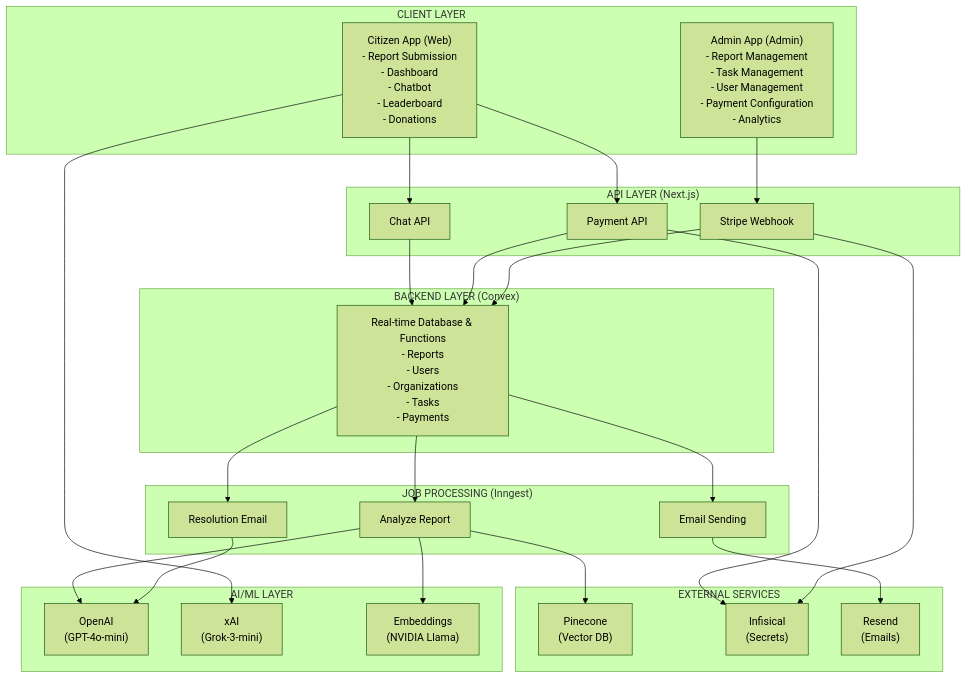
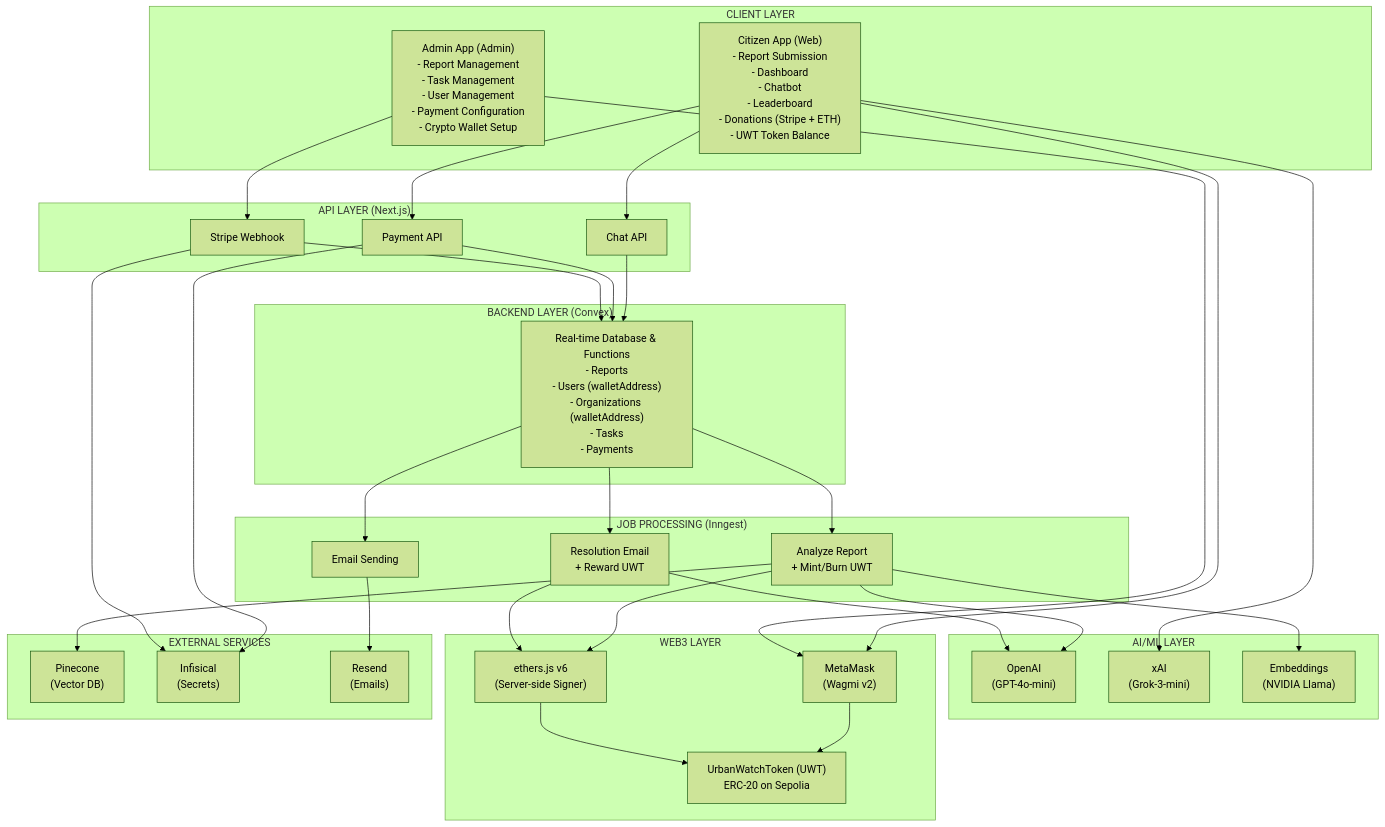
One commit to nilavtalukdar06/urban-watch changed the first of 7 diagrams in README.md. Above: the diagram before and after it, drawn with Mermaid (forest theme). The commit also changed other lines of this file and 1 other file, not shown here.

````diff
--- a/README.md
+++ b/README.md
@@ -154,53 +160,65 @@
 ```mermaid
 graph TB
     subgraph ClientLayer["CLIENT LAYER"]
-        WebApp["Citizen App (Web)<br/>- Report Submission<br/>- Dashboard<br/>- Chatbot<br/>- Leaderboard<br/>- Donations"]
-        AdminApp["Admin App (Admin)<br/>- Report Management<br/>- Task Management<br/>- User Management<br/>- Payment Configuration<br/>- Analytics"]
+        WebApp["Citizen App (Web)<br/>- Report Submission<br/>- Dashboard<br/>- Chatbot<br/>- Leaderboard<br/>- Donations (Stripe + ETH)<br/>- UWT Token Balance"]
+        AdminApp["Admin App (Admin)<br/>- Report Management<br/>- Task Management<br/>- User Management<br/>- Payment Configuration<br/>- Crypto Wallet Setup"]
     end
     
     subgraph APILayer["API LAYER (Next.js)"]
         ChatAPI["Chat API"]
         PaymentAPI["Payment API"]
         StripeWebhook["Stripe Webhook"]
     end
     
     subgraph BackendLayer["BACKEND LAYER (Convex)"]
-        ConvexDB["Real-time Database & Functions<br/>- Reports<br/>- Users<br/>- Organizations<br/>- Tasks<br/>- Payments"]
+        ConvexDB["Real-time Database & Functions<br/>- Reports<br/>- Users (walletAddress)<br/>- Organizations (walletAddress)<br/>- Tasks<br/>- Payments"]
     end
     
     subgraph JobLayer["JOB PROCESSING (Inngest)"]
-        AnalyzeReport["Analyze Report"]
-        ResolutionEmail["Resolution Email"]
+        AnalyzeReport["Analyze Report<br/>+ Mint/Burn UWT"]
+        ResolutionEmail["Resolution Email<br/>+ Reward UWT"]
         EmailSending["Email Sending"]
     end
     
     subgraph AILayer["AI/ML LAYER"]
         OpenAI["OpenAI<br/>(GPT-4o-mini)"]
         XAI["xAI<br/>(Grok-3-mini)"]
         Embeddings["Embeddings<br/>(NVIDIA Llama)"]
+    end
+    
+    subgraph Web3Layer["WEB3 LAYER"]
+        UWTContract["UrbanWatchToken (UWT)<br/>ERC-20 on Sepolia"]
+        MetaMask["MetaMask<br/>(Wagmi v2)"]
+        EthersJS["ethers.js v6<br/>(Server-side Signer)"]
     end
     
     subgraph ExternalServices["EXTERNAL SERVICES"]
         Pinecone["Pinecone<br/>(Vector DB)"]
         Infisical["Infisical<br/>(Secrets)"]
         Resend["Resend<br/>(Emails)"]
     end
     
     WebApp --> ChatAPI
     WebApp --> PaymentAPI
+    WebApp --> MetaMask
     AdminApp --> StripeWebhook
+    AdminApp --> MetaMask
     ChatAPI --> ConvexDB
     PaymentAPI --> ConvexDB
     StripeWebhook --> ConvexDB
+    MetaMask --> UWTContract
     ConvexDB --> AnalyzeReport
     ConvexDB --> ResolutionEmail
     ConvexDB --> EmailSending
     AnalyzeReport --> OpenAI
     AnalyzeReport --> Embeddings
+    AnalyzeReport --> EthersJS
     ResolutionEmail --> OpenAI
+    ResolutionEmail --> EthersJS
+    EthersJS --> UWTContract
     EmailSending --> Resend
     WebApp --> XAI
     AnalyzeReport --> Pinecone
     PaymentAPI --> Infisical
     StripeWebhook --> Infisical
 ```
````
